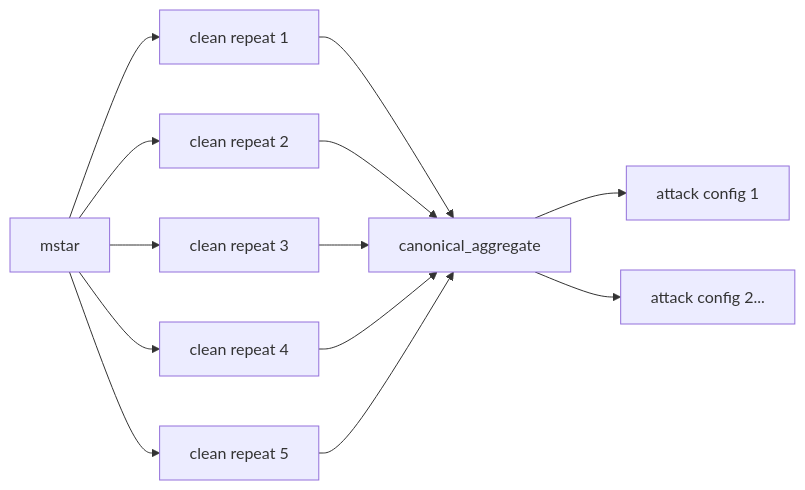
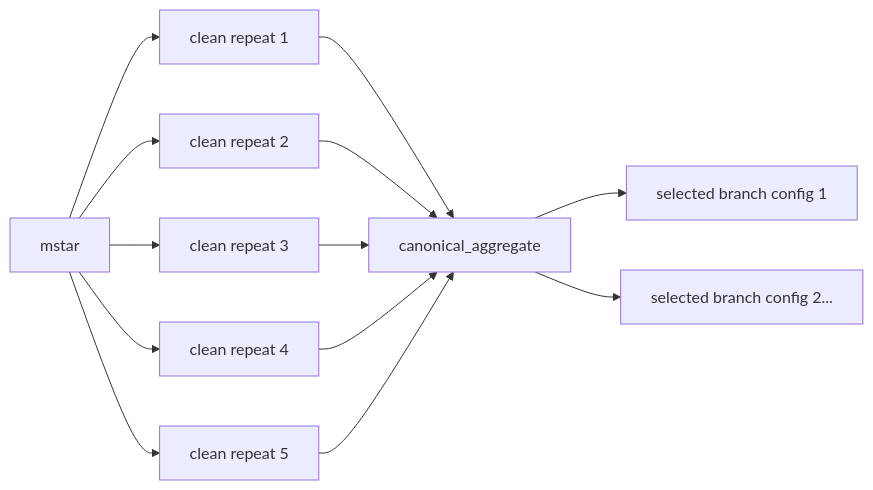
Before and after one commit to softmountain/mflpoison: the second of 2 diagrams in docs/CURRENT_PIPELINE_STRUCTURE.md, drawn with Mermaid. The commit also changed other lines of this file and 15 other files, not shown here.

````diff
--- a/docs/CURRENT_PIPELINE_STRUCTURE.md
+++ b/docs/CURRENT_PIPELINE_STRUCTURE.md
@@ -345,15 +348,15 @@
 ```mermaid
 flowchart LR
     M["mstar"] --> C1["clean repeat 1"]
     M --> C2["clean repeat 2"]
     M --> C3["clean repeat 3"]
     M --> C4["clean repeat 4"]
     M --> C5["clean repeat 5"]
     C1 --> A["canonical_aggregate"]
     C2 --> A
     C3 --> A
     C4 --> A
     C5 --> A
-    A --> X1["attack config 1"]
-    A --> X2["attack config 2..."]
+    A --> X1["selected branch config 1"]
+    A --> X2["selected branch config 2..."]
 ```
````
